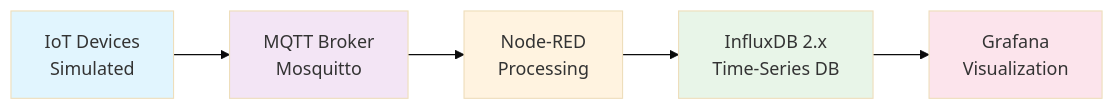
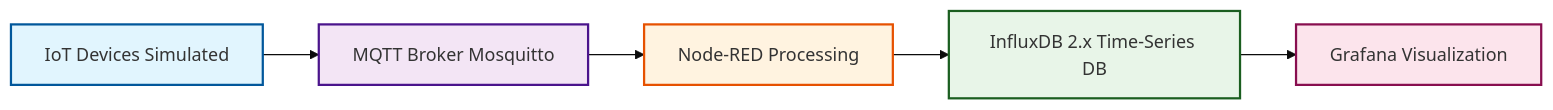
One commit to Viktar-T/plat-edu-bad-data-mvp changed the diagram in README.md. Above: the diagram before and after it, drawn with Mermaid (base theme). The commit also changed other lines of this file and 13 other files, not shown here.

````diff
--- a/README.md
+++ b/README.md
@@ -71,13 +67,13 @@
 ```mermaid
 graph LR
-    A[IoT Devices<br/>Simulated] --> B[MQTT Broker<br/>Mosquitto]
-    B --> C[Node-RED<br/>Processing]
-    C --> D[InfluxDB 2.x<br/>Time-Series DB]
-    D --> E[Grafana<br/>Visualization]
+    A[IoT Devices Simulated] --> B[MQTT Broker Mosquitto]
+    B --> C[Node-RED Processing]
+    C --> D[InfluxDB 2.x Time-Series DB]
+    D --> E[Grafana Visualization]
     
-    style A fill:#e1f5fe
-    style B fill:#f3e5f5
-    style C fill:#fff3e0
-    style D fill:#e8f5e8
-    style E fill:#fce4ec
+    style A fill:#e1f5fe,stroke:#01579b,stroke-width:2px
+    style B fill:#f3e5f5,stroke:#4a148c,stroke-width:2px
+    style C fill:#fff3e0,stroke:#e65100,stroke-width:2px
+    style D fill:#e8f5e8,stroke:#1b5e20,stroke-width:2px
+    style E fill:#fce4ec,stroke:#880e4f,stroke-width:2px
 ```
````
